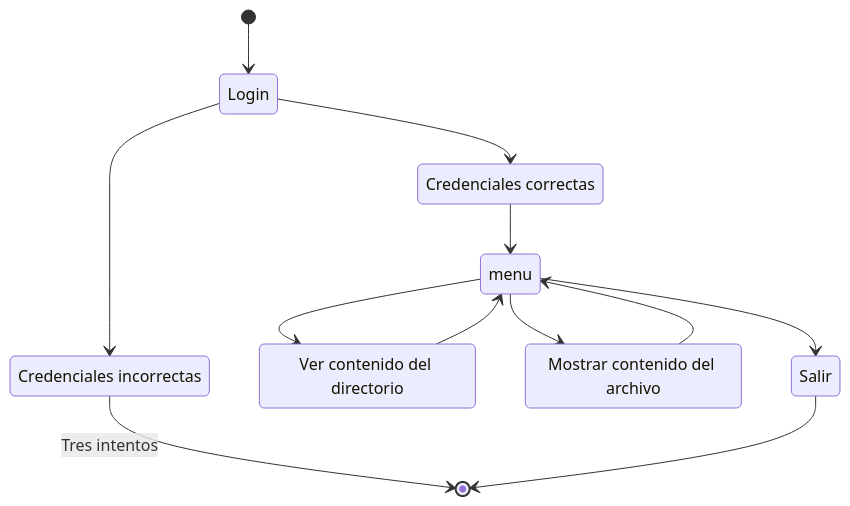
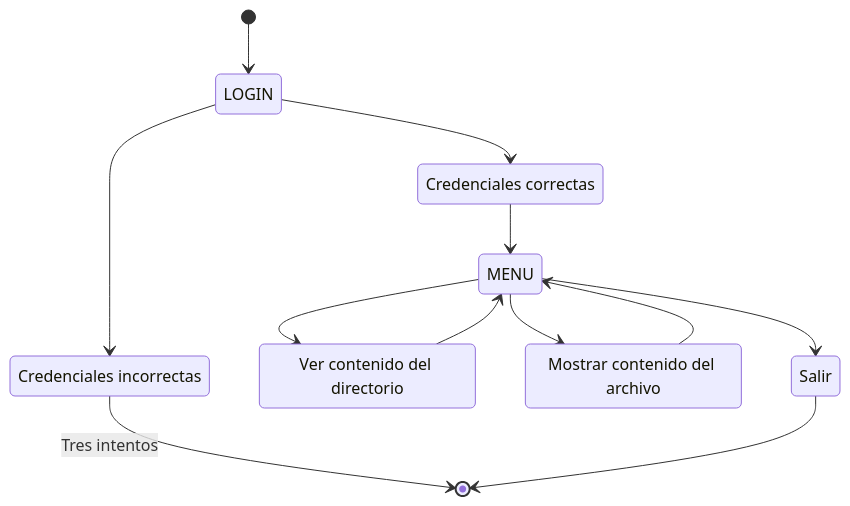
The diagram in README.md (little-shiny/PSP04), drawn with Mermaid before and after one commit. The commit also changed other lines of this file and 6 other files, not shown here.

````diff
--- a/README.md
+++ b/README.md
@@ -25,25 +124,25 @@
 ```mermaid
 stateDiagram-v2
     direction TB
     
-    [*] --> Login
+    [*] --> LOGIN
     
     logok: Credenciales correctas
     logno: Credenciales incorrectas
-    Login --> logok
-    Login --> logno
+    LOGIN --> logok
+    LOGIN --> logno
     logno --> [*] : Tres intentos
     
-    logok --> menu
+    logok --> MENU
     opc1: Ver contenido del directorio
     opc2: Mostrar contenido del archivo
     opc3: Salir
-    menu --> opc1
-    menu --> opc2
-    menu --> opc3
+    MENU --> opc1
+    MENU --> opc2
+    MENU --> opc3
     
-    opc1 -->menu
-    opc2 --> menu
+    opc1 -->MENU
+    opc2 --> MENU
     opc3 --> [*]
     
 ```
````
